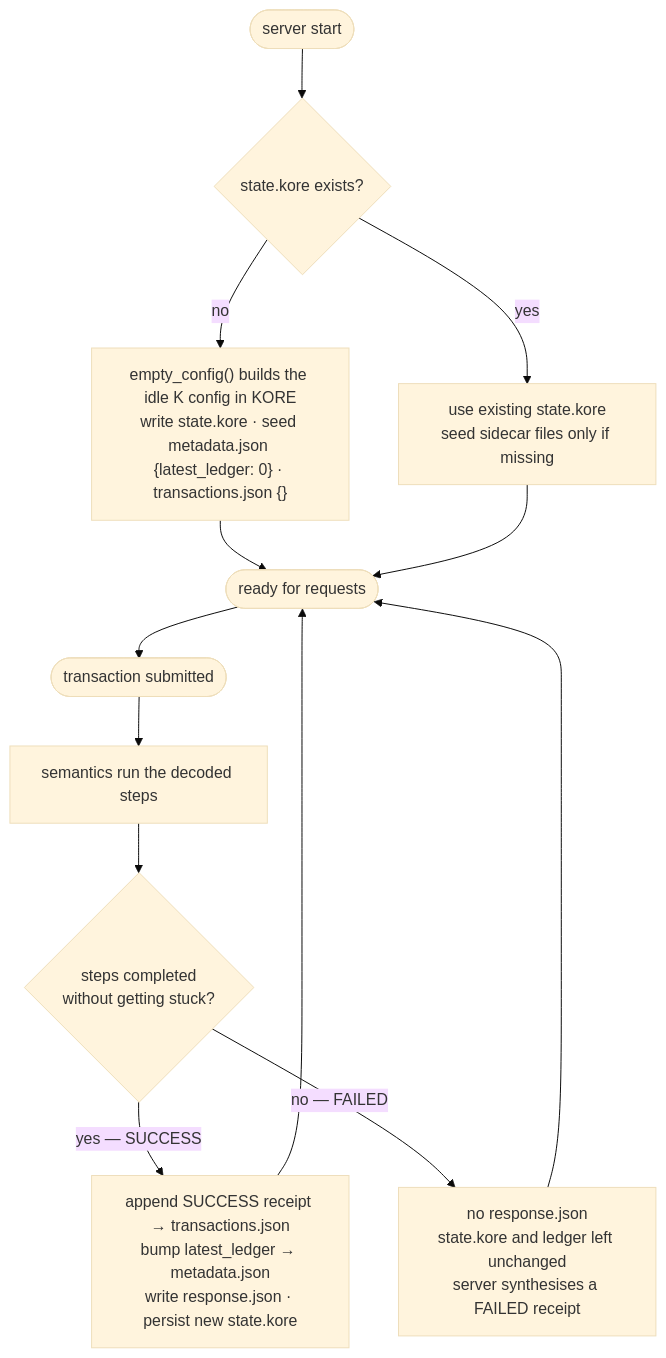
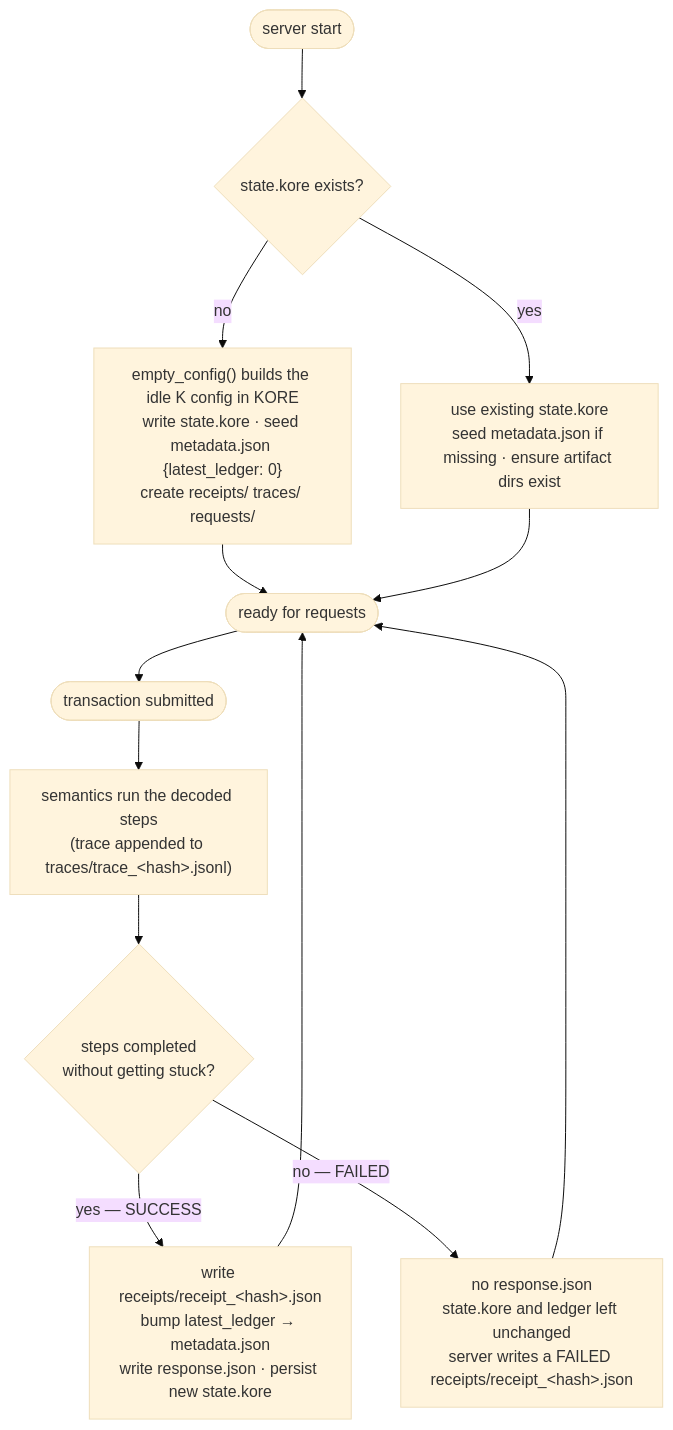
One commit to runtimeverification/komet-node changed the second of 3 diagrams in docs/architecture.md. Above: the diagram before and after it, drawn with Mermaid (base theme). The commit also changed other lines of this file and 10 other files, not shown here.

````diff
--- a/docs/architecture.md
+++ b/docs/architecture.md
@@ -99,16 +102,16 @@
 ```mermaid
 flowchart TB
     boot(["server start"]) --> exists{"state.kore exists?"}
-    exists -->|"no"| init["empty_config() builds the idle K config in KORE<br/>write state.kore · seed metadata.json {latest_ledger: 0} · transactions.json {}"]
-    exists -->|"yes"| reuse["use existing state.kore<br/>seed sidecar files only if missing"]
+    exists -->|"no"| init["empty_config() builds the idle K config in KORE<br/>write state.kore · seed metadata.json {latest_ledger: 0}<br/>create receipts/ traces/ requests/"]
+    exists -->|"yes"| reuse["use existing state.kore<br/>seed metadata.json if missing · ensure artifact dirs exist"]
     init --> ready(["ready for requests"])
     reuse --> ready
 
     ready --> tx(["transaction submitted"])
-    tx --> run["semantics run the decoded steps"]
+    tx --> run["semantics run the decoded steps<br/>(trace appended to traces/trace_&lt;hash&gt;.jsonl)"]
     run --> stuck{"steps completed<br/>without getting stuck?"}
-    stuck -->|"yes — SUCCESS"| ok["append SUCCESS receipt → transactions.json<br/>bump latest_ledger → metadata.json<br/>write response.json · persist new state.kore"]
-    stuck -->|"no — FAILED"| fail["no response.json<br/>state.kore and ledger left unchanged<br/>server synthesises a FAILED receipt"]
+    stuck -->|"yes — SUCCESS"| ok["write receipts/receipt_&lt;hash&gt;.json<br/>bump latest_ledger → metadata.json<br/>write response.json · persist new state.kore"]
+    stuck -->|"no — FAILED"| fail["no response.json<br/>state.kore and ledger left unchanged<br/>server writes a FAILED receipts/receipt_&lt;hash&gt;.json"]
     ok --> ready
     fail --> ready
 ```
````
